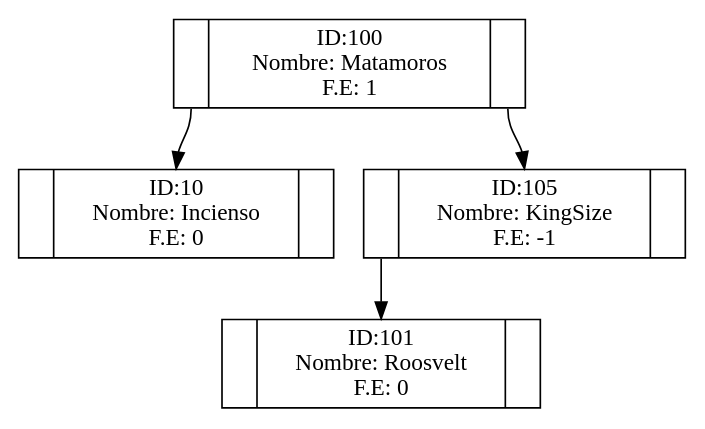
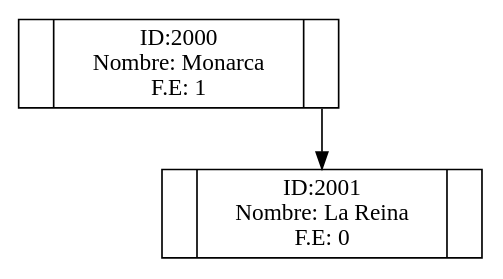
One commit to Luiskr1993/Proyecto1s22015_201122864a changed the diagram in Graphviz/arbolEstacionGeneral.dot. Above: the diagram before and after it, drawn with Graphviz. The commit also changed 22 other files, not shown here.

```diff
--- a/Graphviz/arbolEstacionGeneral.dot
+++ b/Graphviz/arbolEstacionGeneral.dot
@@ -1,10 +1,6 @@
 digraph Arbol{
 node [shape=record];
-n_100[label = "<izq> |<dat> ID:100 \n Nombre: Matamoros\n F.E:  1 |<der>"]
-n_100:izq -> n_10:dat;
-n_10[label = "<izq> |<dat> ID:10 \n Nombre: Incienso\n F.E:  0 |<der>"]
-n_100:der -> n_105:dat;
-n_105[label = "<izq> |<dat> ID:105 \n Nombre: KingSize\n F.E:  -1 |<der>"]
-n_105:izq -> n_101:dat;
-n_101[label = "<izq> |<dat> ID:101 \n Nombre: Roosvelt\n F.E:  0 |<der>"]
+n_2000[label = "<izq> |<dat> ID:2000 \n Nombre: Monarca\n F.E:  1 |<der>"]
+n_2000:der -> n_2001:dat;
+n_2001[label = "<izq> |<dat> ID:2001 \n Nombre: La Reina\n F.E:  0 |<der>"]
 }
```
